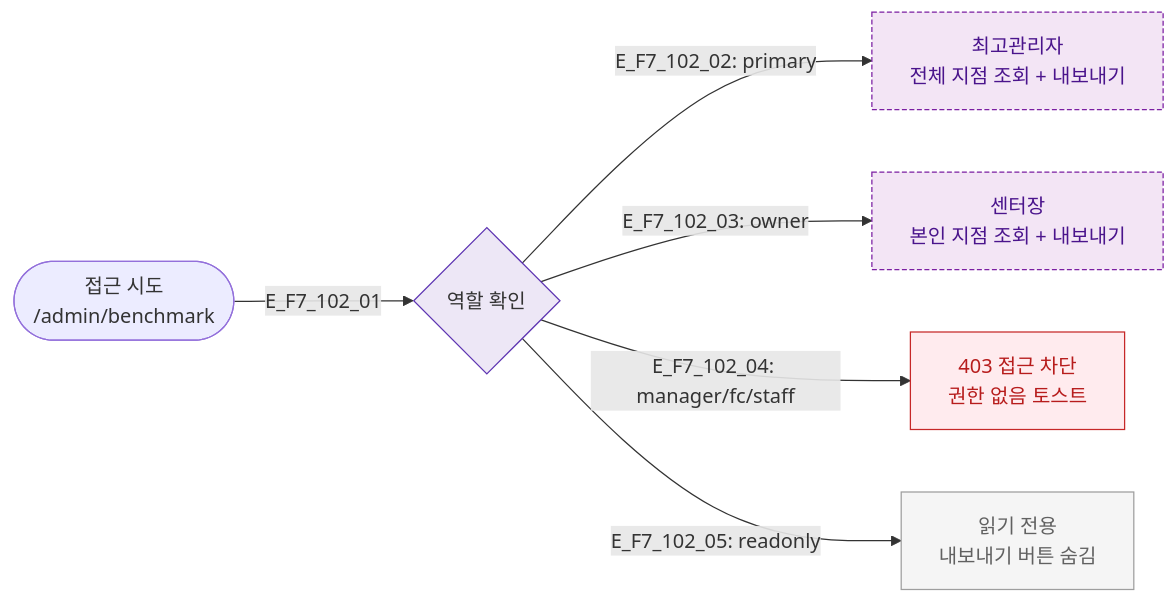
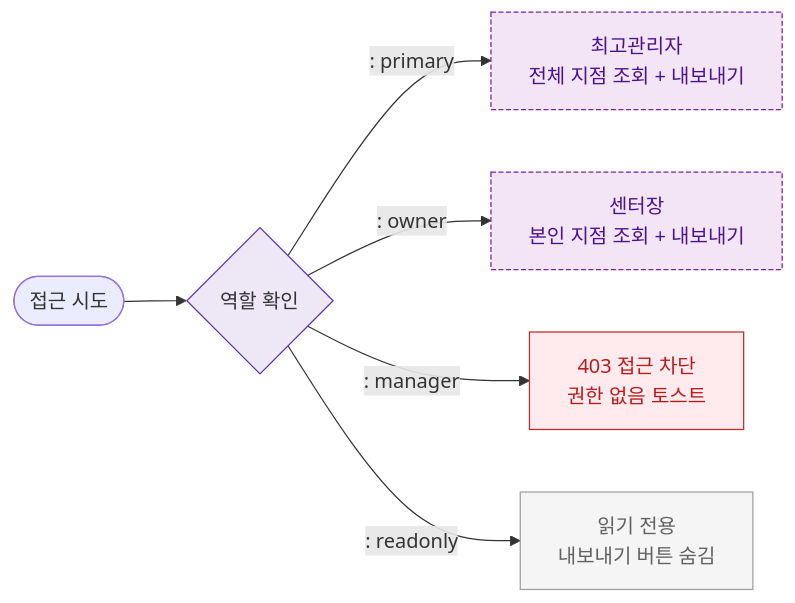
The diagram in docs/다이어그램/D10_본사관리/SCR-102_벤치마크비교/F7_권한RBAC.md (dev-spogym/admin-pando), drawn with Mermaid before and after one commit. The commit also changed other lines of this file and 1660 other files, not shown here.

First line of the commit message:
다이어그램: 기획자/클라이언트 납품본으로 정리

````diff
--- a/docs/다이어그램/D10_본사관리/SCR-102_벤치마크비교/F7_권한RBAC.md
+++ b/docs/다이어그램/D10_본사관리/SCR-102_벤치마크비교/F7_권한RBAC.md
@@ -14,20 +12,20 @@
 ```mermaid
 flowchart LR
-    User([접근 시도\n/admin/benchmark])
-    User -->|E_F7_102_01| RoleCheck{역할 확인}
+    User([접근 시도\n])
+    User --> RoleCheck{역할 확인}
 
-    RoleCheck -->|"E_F7_102_02: primary"| P[최고관리자\n전체 지점 조회 + 내보내기]
-    RoleCheck -->|"E_F7_102_03: owner"| O[센터장\n본인 지점 조회 + 내보내기]
-    RoleCheck -->|"E_F7_102_04: manager/fc/staff"| Staff[403 접근 차단\n권한 없음 토스트]
-    RoleCheck -->|"E_F7_102_05: readonly"| RO[읽기 전용\n내보내기 버튼 숨김]
+    RoleCheck -->|": primary"|P[최고관리자\n전체 지점 조회 + 내보내기]
+    RoleCheck -->|": owner"|O[센터장\n본인 지점 조회 + 내보내기]
+    RoleCheck -->|": manager"|Staff[403 접근 차단\n권한 없음 토스트]
+    RoleCheck -->|": readonly"|RO[읽기 전용\n내보내기 버튼 숨김]
 
     classDef screen fill:#E3F2FD,stroke:#1976D2,color:#0D47A1
     classDef newFeature fill:#F3E5F5,stroke:#7B1FA2,color:#4A148C,stroke-dasharray:4 2
     classDef rbacBlocked fill:#F5F5F5,stroke:#9E9E9E,color:#616161
     classDef error fill:#FFEBEE,stroke:#C62828,color:#B71C1C
     classDef system fill:#EDE7F6,stroke:#5E35B2
     class P,O newFeature
     class RO rbacBlocked
     class Staff error
     class RoleCheck system
 ```
````
